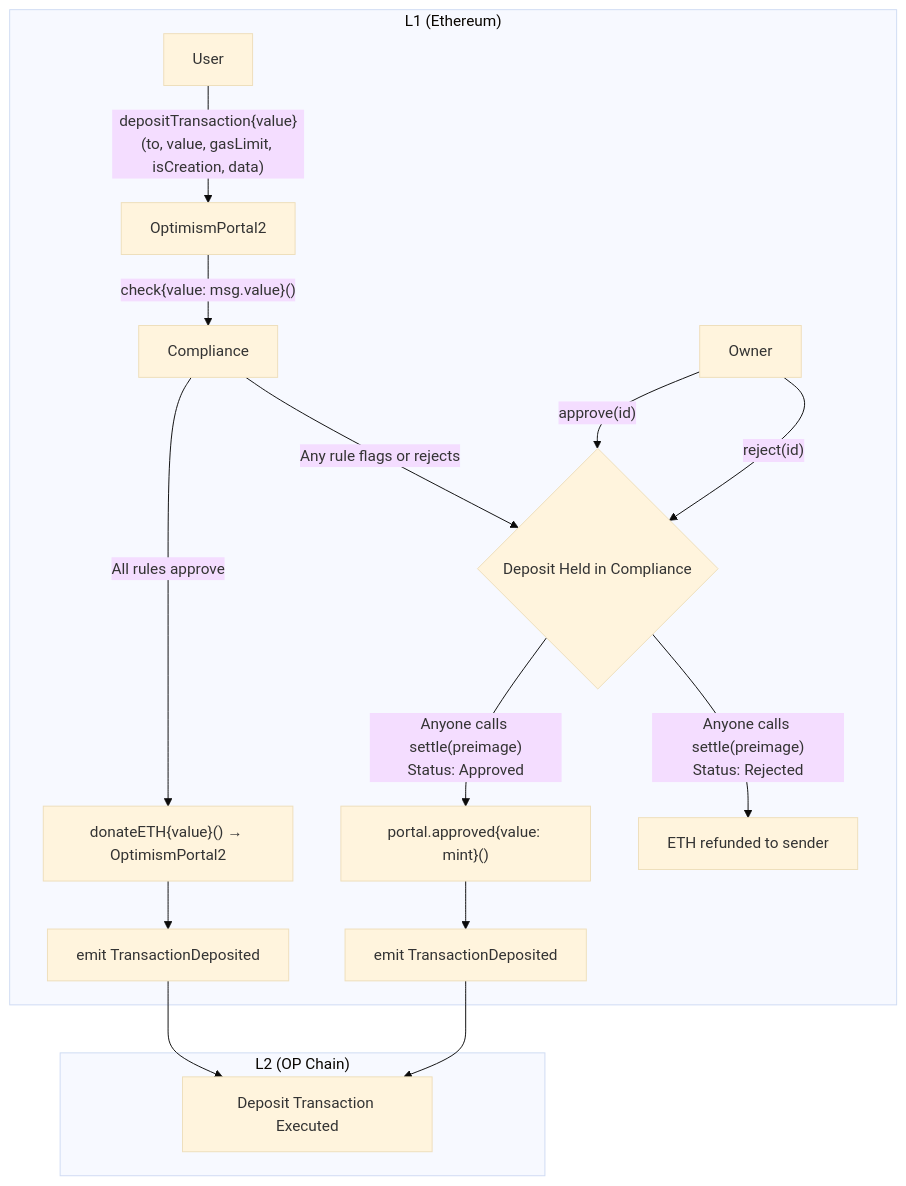
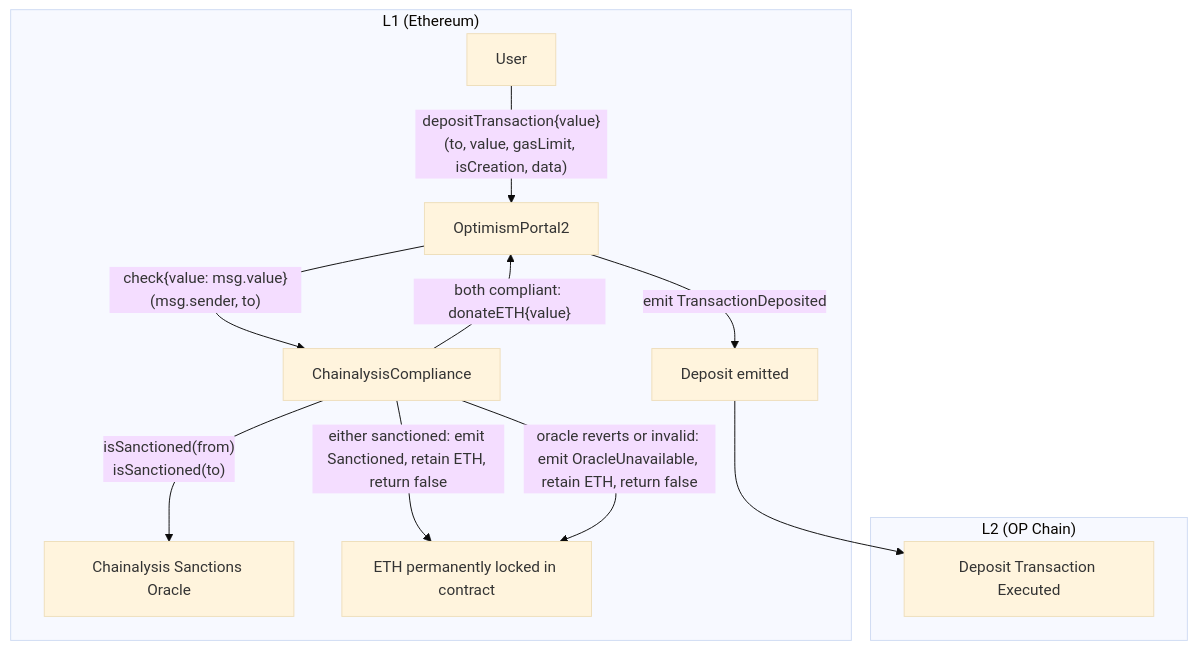
Before and after one commit to ethereum-optimism/design-docs: the first of 2 diagrams in protocol/compliance-module.md, drawn with Mermaid (base theme). The commit also changed other lines of this file and 1 other file, not shown here.

First line of the commit message:
refactor: simplify compliance module to Chainalysis-backed ICompliance

````diff
--- a/protocol/compliance-module.md
+++ b/protocol/compliance-module.md
@@ -58,33 +85,25 @@
 ```mermaid
 flowchart TB
     subgraph L1["L1 (Ethereum)"]
         User1[User]
         Portal[OptimismPortal2]
-        Compliance1[Compliance]
-        Owner1[Owner]
+        Compliance1[ChainalysisCompliance]
+        Oracle1[Chainalysis Sanctions Oracle]
 
         User1 -->|"depositTransaction{value}(to, value, gasLimit, isCreation, data)"| Portal
-        Portal -->|"check{value: msg.value}()"| Compliance1
+        Portal -->|"check{value: msg.value}(msg.sender, to)"| Compliance1
+        Compliance1 -->|"isSanctioned(from)<br/>isSanctioned(to)"| Oracle1
 
-        Compliance1 -->|"All rules approve"| Donate1["donateETH{value}() → OptimismPortal2"]
-        Donate1 --> Emit1[emit TransactionDeposited]
+        Compliance1 -->|"both compliant: donateETH{value}"| Portal
+        Portal -->|"emit TransactionDeposited"| Emit1[Deposit emitted]
 
-        Compliance1 -->|"Any rule flags or rejects"| Held1{Deposit Held in Compliance}
-
-        Owner1 -->|"approve(id)"| Held1
-        Owner1 -->|"reject(id)"| Held1
-
-        Held1 -->|"Anyone calls settle(preimage)<br/>Status: Approved"| SettleApproved1["portal.approved{value: mint}()"]
-        SettleApproved1 --> Emit2[emit TransactionDeposited]
-
-        Held1 -->|"Anyone calls settle(preimage)<br/>Status: Rejected"| Refund1[ETH refunded to sender]
+        Compliance1 -->|"either sanctioned: emit Sanctioned, retain ETH, return false"| Locked1[ETH permanently locked in contract]
+        Compliance1 -->|"oracle reverts or invalid: emit OracleUnavailable, retain ETH, return false"| Locked1
     end
 
     subgraph L2["L2 (OP Chain)"]
         Executed1[Deposit Transaction Executed]
     end
 
     Emit1 --> Executed1
-    Emit2 --> Executed1
-
 ```
````
